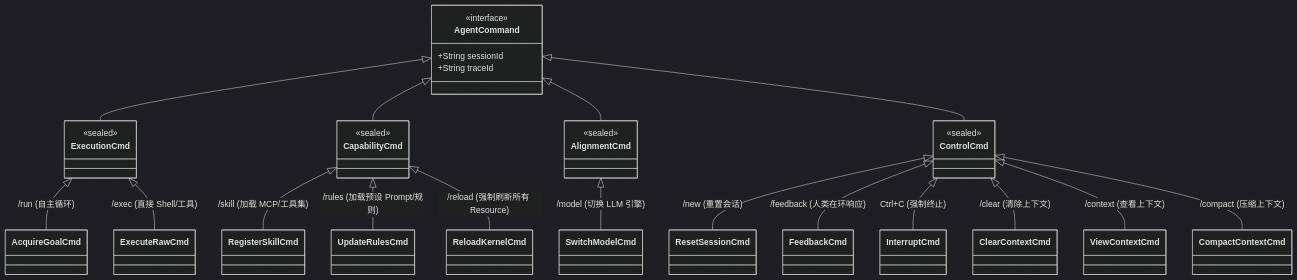
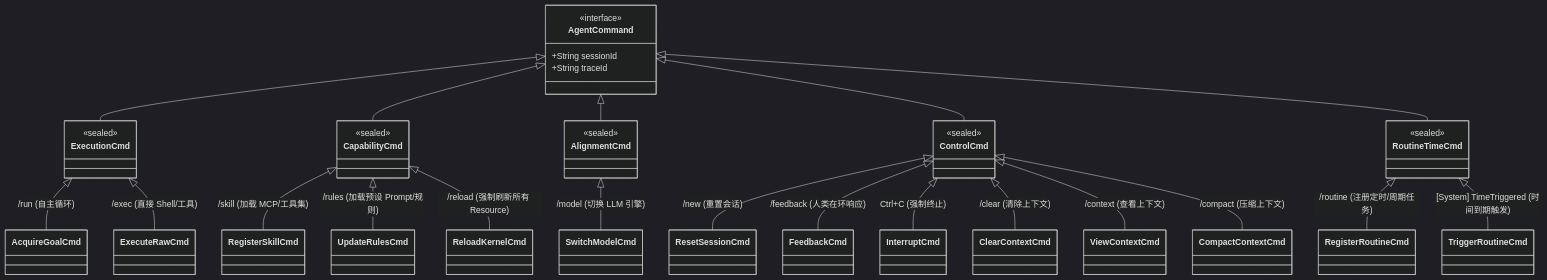
One commit to chaineasy-ai/alice-agent changed the first of 5 diagrams in docs/alice-agent-command/DESIGN.md. Above: the diagram before and after it, drawn with Mermaid (dark theme). The commit also changed other lines of this file and 44 other files, not shown here.

````diff
--- a/docs/alice-agent-command/DESIGN.md
+++ b/docs/alice-agent-command/DESIGN.md
@@ -15,45 +15,52 @@
 ```mermaid
 classDiagram
     class AgentCommand {
         <<interface>>
         +String sessionId
         +String traceId
     }
 
     %% 1. 任务驱动 (Execution) - 消耗 Token 的实际工作
     class ExecutionCmd {
         <<sealed>>
     }
     AgentCommand <|-- ExecutionCmd
     ExecutionCmd <|-- AcquireGoalCmd : /run (自主循环)
     ExecutionCmd <|-- ExecuteRawCmd : /exec (直接 Shell/工具)
 
     %% 2. 能力装载 (Capability) - 需要 Reload 的静态/动态资源
     class CapabilityCmd {
         <<sealed>>
     }
     AgentCommand <|-- CapabilityCmd
     CapabilityCmd <|-- RegisterSkillCmd : /skill (加载 MCP/工具集)
     CapabilityCmd <|-- UpdateRulesCmd : /rules (加载预设 Prompt/规则)
     CapabilityCmd <|-- ReloadKernelCmd : /reload (强制刷新所有 Resource)
 
     %% 3. 运行配置 (Alignment) - 调整内核参数
     class AlignmentCmd {
         <<sealed>>
     }
     AgentCommand <|-- AlignmentCmd
     AlignmentCmd <|-- SwitchModelCmd : /model (切换 LLM 引擎)
 
     %% 4. 控制与反馈 (Control) - 生命周期与 HITL
     class ControlCmd {
         <<sealed>>
     }
     AgentCommand <|-- ControlCmd
     ControlCmd <|-- ResetSessionCmd : /new (重置会话)
     ControlCmd <|-- FeedbackCmd : /feedback (人类在环响应)
     ControlCmd <|-- InterruptCmd : Ctrl+C (强制终止)
     ControlCmd <|-- ClearContextCmd : /clear (清除上下文)
     ControlCmd <|-- ViewContextCmd : /context (查看上下文)
     ControlCmd <|-- CompactContextCmd : /compact (压缩上下文)
 
+    %% 5. 常规调度驱动 (Routine-Time) - 基于时间的自主触发 [NEW]
+    class RoutineTimeCmd {
+        <<sealed>>
+    }
+    AgentCommand <|-- RoutineTimeCmd
+    RoutineTimeCmd <|-- RegisterRoutineCmd : /routine (注册定时/周期任务)
+    RoutineTimeCmd <|-- TriggerRoutineCmd : [System] TimeTriggered (时间到期触发)
 ```
````
